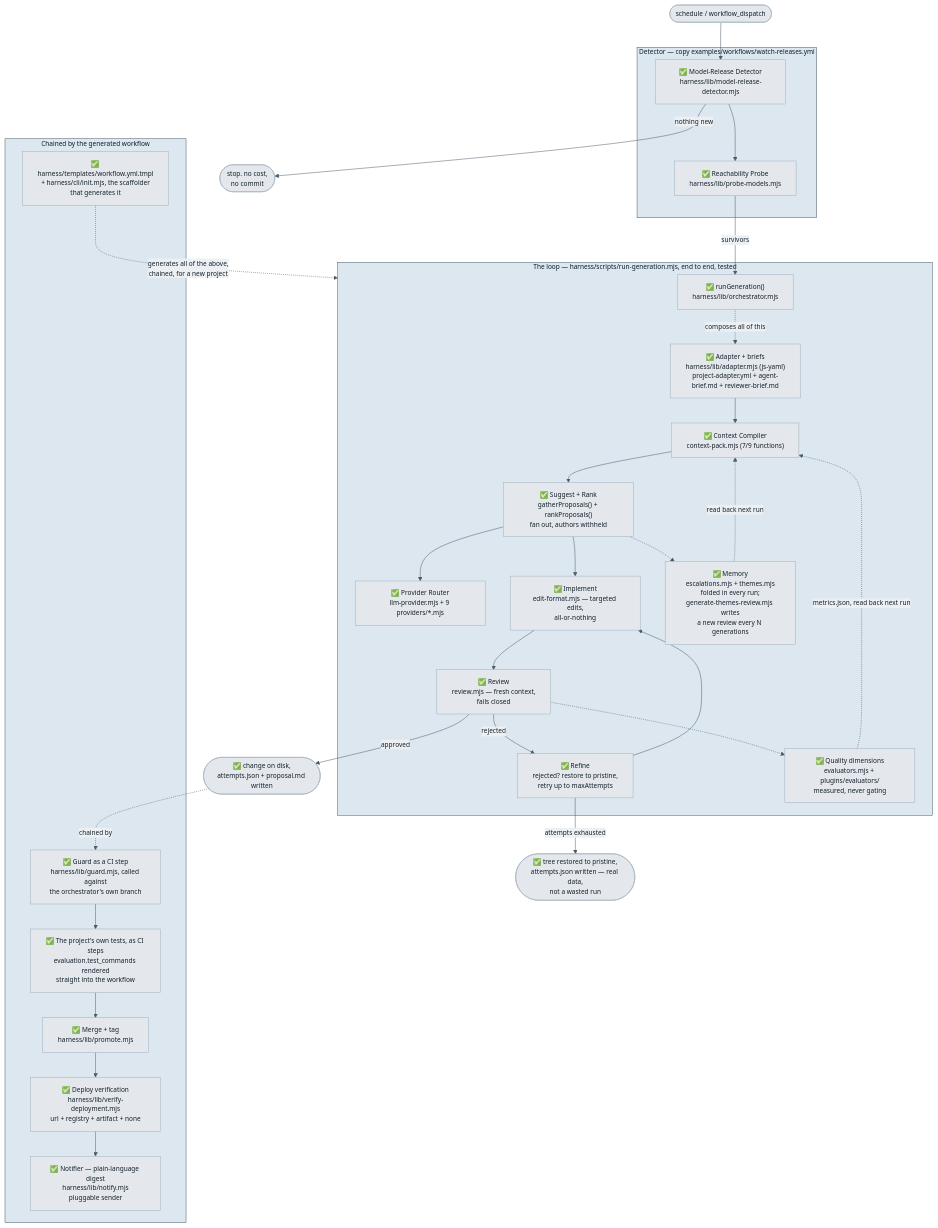
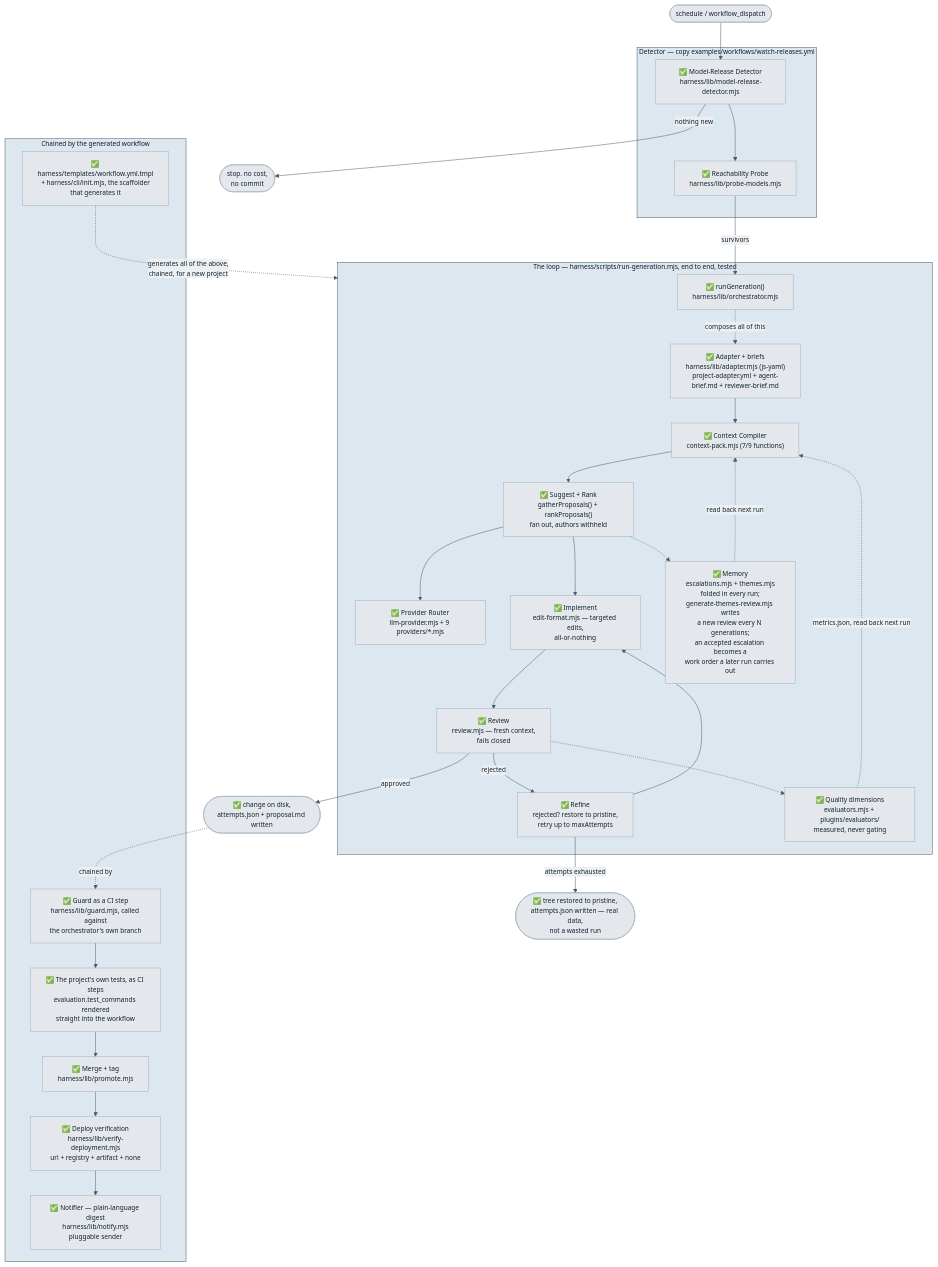
The second of 4 diagrams in ARCHITECTURE.md (Chrisfoz/self-optimisation), drawn with Mermaid before and after one commit. The commit also changed 14 other files, not shown here.

First line of the commit message:
Escalation follow-through: acceptance becomes work, silence becomes a verdict

````diff
--- a/ARCHITECTURE.md
+++ b/ARCHITECTURE.md
@@ -74,57 +74,57 @@
 ```mermaid
 %%{init: {"theme":"base","themeVariables":{"fontSize":"13px","primaryColor":"#E4E8EC","primaryTextColor":"#14212B","primaryBorderColor":"#9FB0BE","lineColor":"#4A5C6A","secondaryColor":"#DCE7F0","tertiaryColor":"#F3E3D4","clusterBkg":"#F6F8F9","clusterBorder":"#9FB0BE","edgeLabelBackground":"#EDF0F2","textColor":"#14212B"}}}%%
 flowchart TD
   cron(["schedule / workflow_dispatch"]) --> detector
 
   subgraph detect["Detector — copy examples/workflows/watch-releases.yml"]
     detector["✅ Model-Release Detector<br/>harness/lib/model-release-detector.mjs"]
     probe["✅ Reachability Probe<br/>harness/lib/probe-models.mjs"]
     detector --> probe
   end
 
   detector -->|"nothing new"| idle(["stop. no cost,<br/>no commit"])
   probe -->|"survivors"| rungen
 
   subgraph loop["The loop — harness/scripts/run-generation.mjs, end to end, tested"]
     adapter["✅ Adapter + briefs<br/>harness/lib/adapter.mjs (js-yaml)<br/>project-adapter.yml + agent-brief.md + reviewer-brief.md"]
     rungen["✅ runGeneration()<br/>harness/lib/orchestrator.mjs"]
     router["✅ Provider Router<br/>llm-provider.mjs + 9 providers/*.mjs"]
     context["✅ Context Compiler<br/>context-pack.mjs (7/9 functions)"]
     propose["✅ Suggest + Rank<br/>gatherProposals() + rankProposals()<br/>fan out, authors withheld"]
     executor["✅ Implement<br/>edit-format.mjs — targeted edits,<br/>all-or-nothing"]
     reviewer["✅ Review<br/>review.mjs — fresh context,<br/>fails closed"]
     refine["✅ Refine<br/>rejected? restore to pristine,<br/>retry up to maxAttempts"]
-    memory["✅ Memory<br/>escalations.mjs + themes.mjs<br/>folded in every run;<br/>generate-themes-review.mjs writes<br/>a new review every N generations"]
+    memory["✅ Memory<br/>escalations.mjs + themes.mjs<br/>folded in every run;<br/>generate-themes-review.mjs writes<br/>a new review every N generations;<br/>an accepted escalation becomes a<br/>work order a later run carries out"]
     evaluators["✅ Quality dimensions<br/>evaluators.mjs + plugins/evaluators/<br/>measured, never gating"]
 
     adapter --> context --> propose
     propose --> router
     propose --> executor --> reviewer
     reviewer -->|"rejected"| refine --> executor
     propose -.-> memory
     memory -.->|"read back next run"| context
     reviewer -.-> evaluators
     evaluators -.->|"metrics.json, read back next run"| context
   end
 
   rungen -.->|"composes all of this"| adapter
 
   reviewer -->|"approved"| approved(["✅ change on disk,<br/>attempts.json + proposal.md written"])
   refine -->|"attempts exhausted"| abandoned(["✅ tree restored to pristine,<br/>attempts.json written — real data,<br/>not a wasted run"])
 
   subgraph wired["Chained by the generated workflow"]
     guardstep["✅ Guard as a CI step<br/>harness/lib/guard.mjs, called against<br/>the orchestrator's own branch"]
     teststep["✅ The project's own tests, as CI steps<br/>evaluation.test_commands rendered<br/>straight into the workflow"]
     promote["✅ Merge + tag<br/>harness/lib/promote.mjs"]
     verify["✅ Deploy verification<br/>harness/lib/verify-deployment.mjs<br/>url + registry + artifact + none"]
     notify["✅ Notifier — plain-language digest<br/>harness/lib/notify.mjs<br/>pluggable sender"]
     workflow["✅ harness/templates/workflow.yml.tmpl<br/>+ harness/cli/init.mjs, the scaffolder<br/>that generates it"]
   end
 
   approved -.->|"chained by"| guardstep --> teststep --> promote --> verify --> notify
   workflow -.->|"generates all of the above,<br/>chained, for a new project"| loop
 
   style detect fill:#DCE7F0,stroke:#4A5C6A
   style loop fill:#DCE7F0,stroke:#4A5C6A
   style wired fill:#DCE7F0,stroke:#4A5C6A
 ```
````
